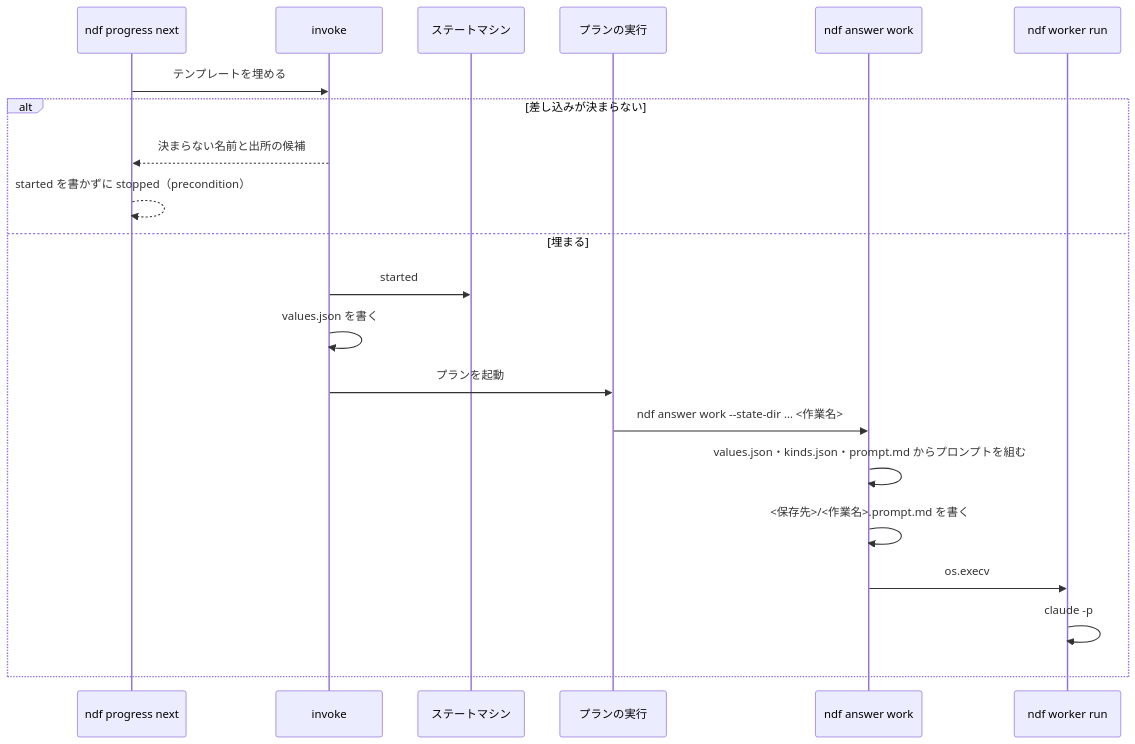
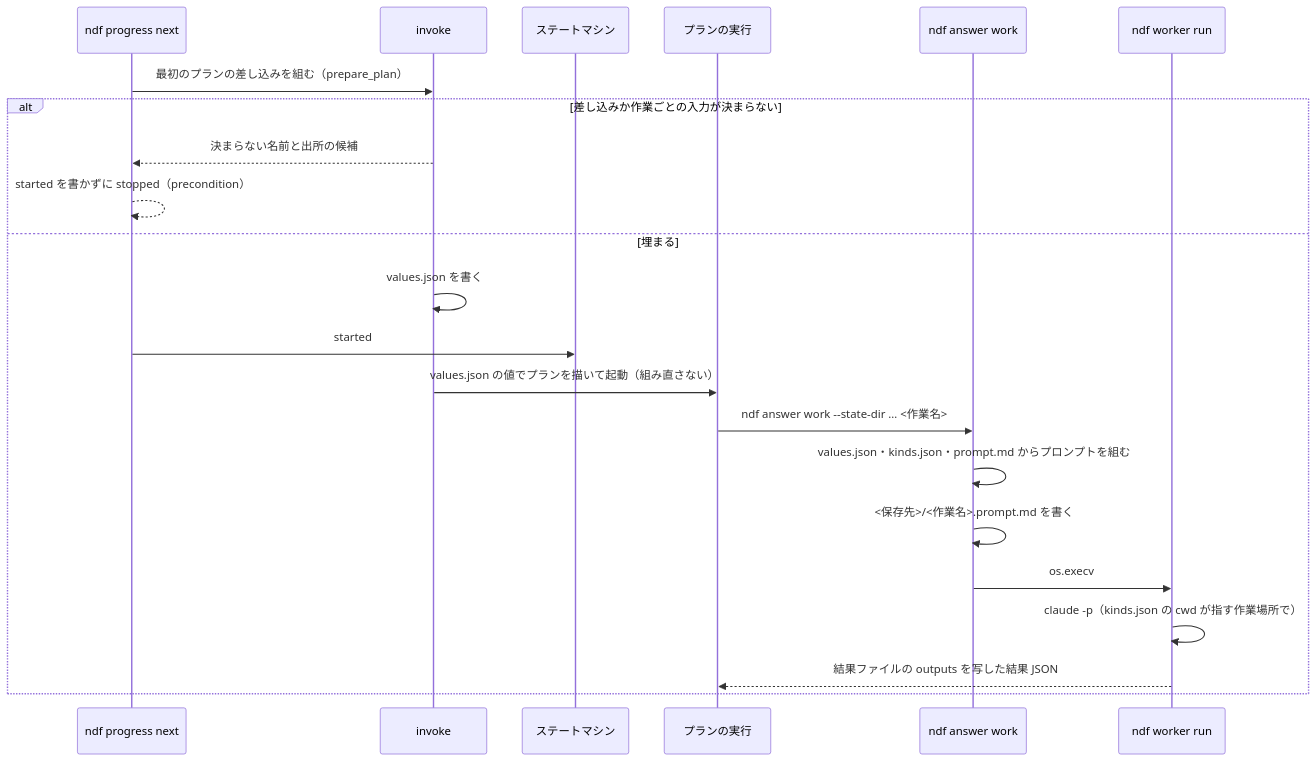
One commit to devbasex/ai-plugins changed the fourth of 4 diagrams in issues/issue-3908-design.md. Above: the diagram before and after it, drawn with Mermaid. The commit also changed other lines of this file and 1 other file, not shown here.

````diff
--- a/issues/issue-3908-design.md
+++ b/issues/issue-3908-design.md
@@ -142,23 +148,24 @@
 ```mermaid
 sequenceDiagram
     participant N as ndf progress next
     participant I as invoke
     participant M as ステートマシン
     participant R as プランの実行
     participant A as ndf answer work
     participant W as ndf worker run
-    N->>I: テンプレートを埋める
-    alt 差し込みが決まらない
+    N->>I: 最初のプランの差し込みを組む（prepare_plan）
+    alt 差し込みか作業ごとの入力が決まらない
         I-->>N: 決まらない名前と出所の候補
         N-->>N: started を書かずに stopped（precondition）
     else 埋まる
-        I->>M: started
         I->>I: values.json を書く
-        I->>R: プランを起動
+        N->>M: started
+        I->>R: values.json の値でプランを描いて起動（組み直さない）
         R->>A: ndf answer work --state-dir … <作業名>
         A->>A: values.json・kinds.json・prompt.md からプロンプトを組む
         A->>A: <保存先>/<作業名>.prompt.md を書く
         A->>W: os.execv
-        W->>W: claude -p
+        W->>W: claude -p（kinds.json の cwd が指す作業場所で）
+        W-->>R: 結果ファイルの outputs を写した結果 JSON
     end
 ```
````
